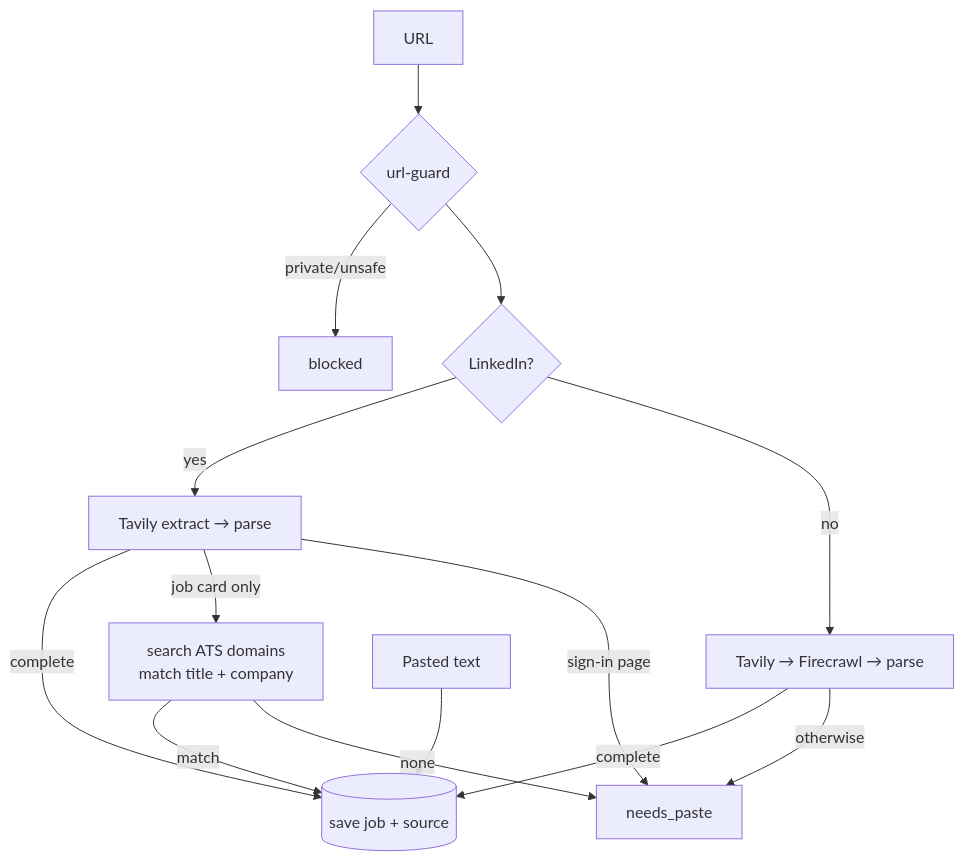
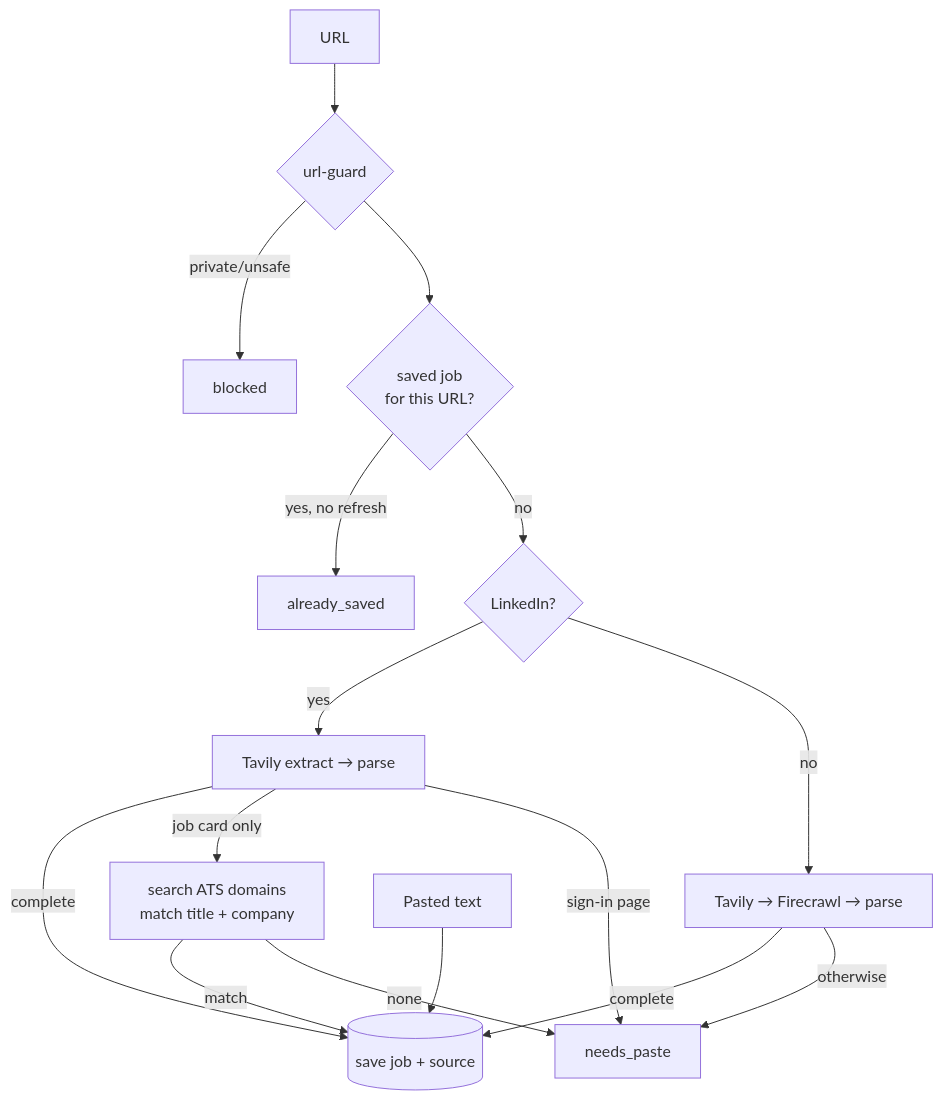
One commit to pppdns/job-agent-mastra changed the eighth of 13 diagrams in docs/architecture.md. Above: the diagram before and after it, drawn with Mermaid. The commit also changed other lines of this file and 14 other files, not shown here.

First line of the commit message:
Recognize a saved job's URL before fetching the listing

````diff
--- a/docs/architecture.md
+++ b/docs/architecture.md
@@ -244,16 +244,18 @@
 ```mermaid
 flowchart TD
   U[URL] --> G{url-guard}
   G -- private/unsafe --> B[blocked]
-  G --> L{LinkedIn?}
+  G --> D{saved job<br/>for this URL?}
+  D -- yes, no refresh --> AS[already_saved]
+  D -- no --> L{LinkedIn?}
   L -- yes --> T1[Tavily extract → parse]
   T1 -- complete --> S[(save job + source)]
   T1 -- job card only --> A[search ATS domains<br/>match title + company]
   A -- match --> S
   A -- none --> P[needs_paste]
   T1 -- sign-in page --> P
   L -- no --> W[Tavily → Firecrawl → parse]
   W -- complete --> S
   W -- otherwise --> P
   X[Pasted text] --> S
 ```
````
